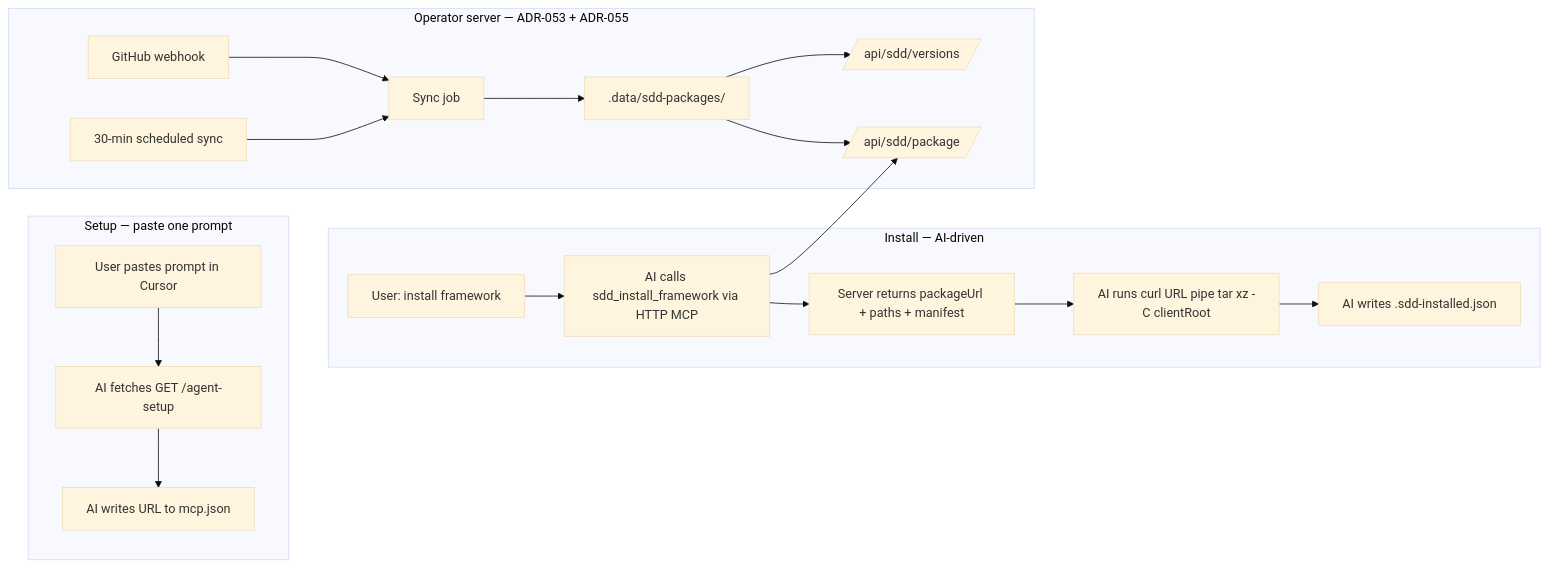
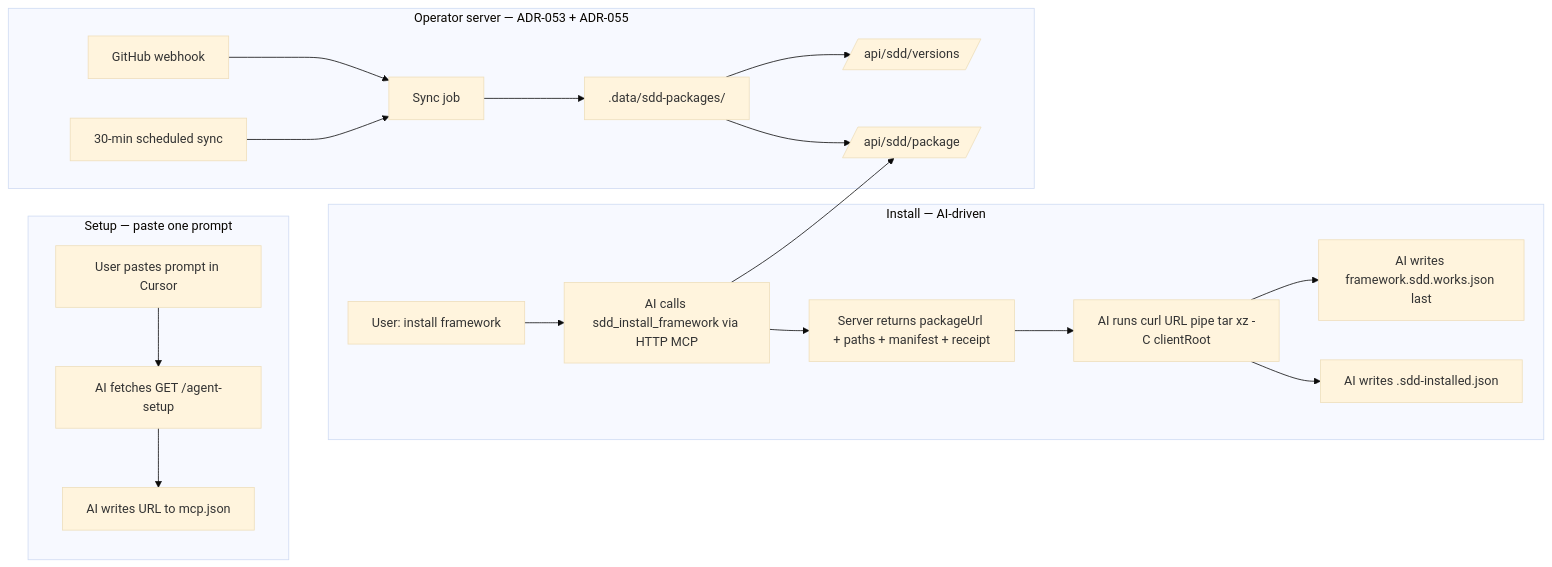
Before and after one commit to ethanhuangcst/workspace.framework.sdd.works: the first of 3 diagrams in specs/mcp/mcp-design.md, drawn with Mermaid (base theme). The commit also changed other lines of this file and 48 other files, not shown here.

````diff
--- a/specs/mcp/mcp-design.md
+++ b/specs/mcp/mcp-design.md
@@ -46,24 +65,25 @@
 ```mermaid
 flowchart LR
   subgraph setup [Setup — paste one prompt]
     User[User pastes prompt in Cursor] --> AI1[AI fetches GET /agent-setup]
     AI1 --> AI2[AI writes URL to mcp.json]
   end
 
   subgraph install [Install — AI-driven]
     UserChat[User: install framework] --> AICall[AI calls sdd_install_framework via HTTP MCP]
-    AICall --> Server[Server returns packageUrl + paths + manifest]
+    AICall --> Server[Server returns packageUrl + paths + manifest + receipt]
     Server --> AIShell[AI runs curl URL pipe tar xz -C clientRoot]
     AIShell --> AIManifest[AI writes .sdd-installed.json]
+    AIShell --> AIReceipt[AI writes framework.sdd.works.json last]
   end
 
   subgraph server [Operator server — ADR-053 + ADR-055]
     WH[GitHub webhook] --> Sync[Sync job]
     CRON[30-min scheduled sync] --> Sync
     Sync --> Cache[.data/sdd-packages/]
     Cache --> API[/api/sdd/package/]
     Cache --> API2[/api/sdd/versions/]
   end
 
   AICall --> API
 ```
````
